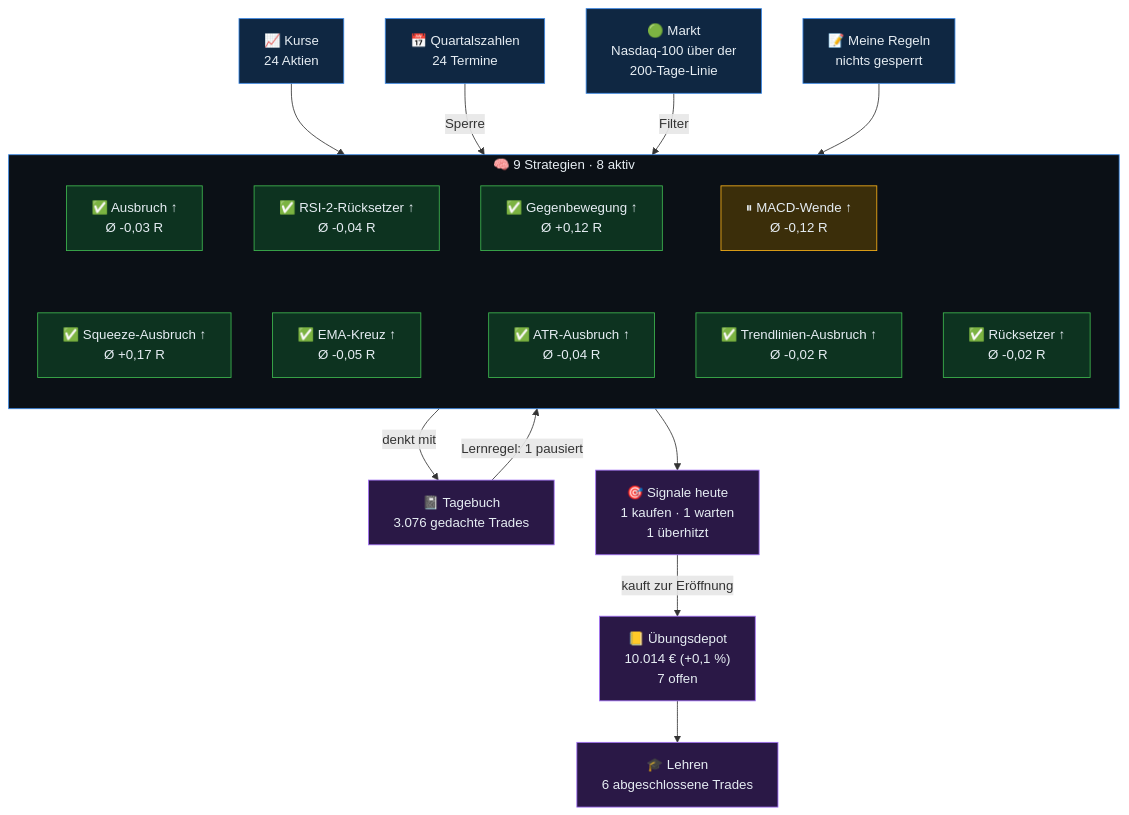
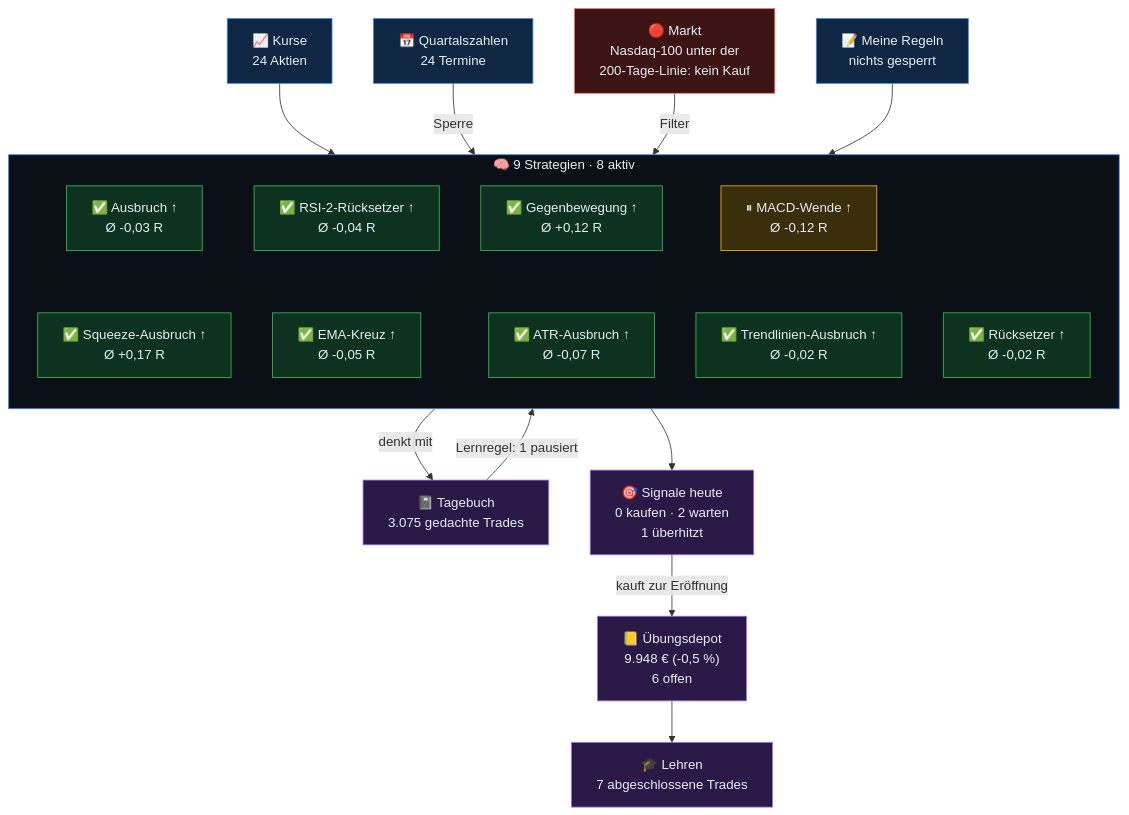
The diagram in gehirn/Start.md (sickingmalte-arch/Test-Bot), drawn with Mermaid before and after one commit. The commit also changed other lines of this file and 37 other files, not shown here.

````diff
--- a/gehirn/Start.md
+++ b/gehirn/Start.md
@@ -9,48 +9,48 @@
 ```mermaid
 flowchart TB
   kurse["📈 Kurse<br/>24 Aktien"]
   termine["📅 Quartalszahlen<br/>24 Termine"]
-  markt["🟢 Markt<br/>Nasdaq-100 über der<br/>200-Tage-Linie"]
+  markt["🔴 Markt<br/>Nasdaq-100 unter der<br/>200-Tage-Linie: kein Kauf"]
   regeln["📝 Meine Regeln<br/>nichts gesperrt"]
   subgraph KERN["🧠 9 Strategien · 8 aktiv"]
     direction TB
     s0["✅ Ausbruch ↑<br/>Ø -0,03 R"]
     s1["✅ RSI-2-Rücksetzer ↑<br/>Ø -0,04 R"]
     s2["✅ Gegenbewegung ↑<br/>Ø +0,12 R"]
     s3["⏸ MACD-Wende ↑<br/>Ø -0,12 R"]
     s4["✅ Rücksetzer ↑<br/>Ø -0,02 R"]
     s5["✅ Squeeze-Ausbruch ↑<br/>Ø +0,17 R"]
     s6["✅ EMA-Kreuz ↑<br/>Ø -0,05 R"]
-    s7["✅ ATR-Ausbruch ↑<br/>Ø -0,04 R"]
+    s7["✅ ATR-Ausbruch ↑<br/>Ø -0,07 R"]
     s8["✅ Trendlinien-Ausbruch ↑<br/>Ø -0,02 R"]
     s0 ~~~ s5
     s1 ~~~ s6
     s2 ~~~ s7
     s3 ~~~ s8
   end
-  tb["📓 Tagebuch<br/>3.076 gedachte Trades"]
-  sig["🎯 Signale heute<br/>1 kaufen · 1 warten<br/>1 überhitzt"]
-  depot["📒 Übungsdepot<br/>10.014 € (+0,1 %)<br/>7 offen"]
-  lehren["🎓 Lehren<br/>6 abgeschlossene Trades"]
+  tb["📓 Tagebuch<br/>3.075 gedachte Trades"]
+  sig["🎯 Signale heute<br/>0 kaufen · 2 warten<br/>1 überhitzt"]
+  depot["📒 Übungsdepot<br/>9.948 € (-0,5 %)<br/>6 offen"]
+  lehren["🎓 Lehren<br/>7 abgeschlossene Trades"]
   kurse --> KERN
   termine -->|Sperre| KERN
   markt -->|Filter| KERN
   regeln --> KERN
   KERN -->|denkt mit| tb
   tb -->|Lernregel: 1 pausiert| KERN
   KERN --> sig
   sig -->|kauft zur Eröffnung| depot
   depot --> lehren
   classDef ein fill:#0f2742,stroke:#3987e5,color:#e6edf3
   classDef rot fill:#3d1414,stroke:#f47067,color:#e6edf3
   classDef aktiv fill:#0d3320,stroke:#3fb950,color:#e6edf3
   classDef pausiert fill:#3b2e0a,stroke:#fab219,color:#e6edf3
   classDef aus fill:#22272e,stroke:#6e7681,color:#9ba7b4
   classDef aus2 fill:#2a1846,stroke:#a371f7,color:#e6edf3
   class kurse,termine,regeln ein
-  class markt ein
+  class markt rot
   class tb,sig,depot,lehren aus2
   class s0,s1,s2,s4,s5,s6,s7,s8 aktiv
   class s3 pausiert
   style KERN fill:#0b1016,stroke:#3987e5,color:#e6edf3
 ```
````
